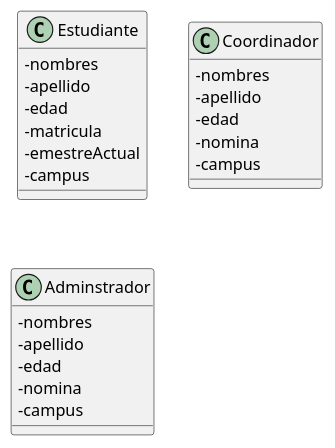
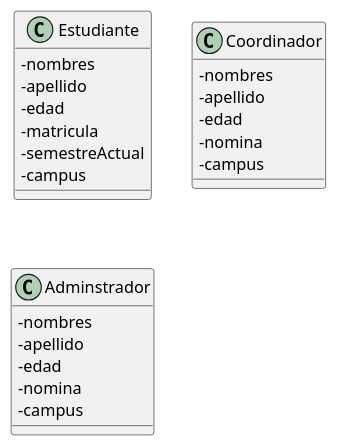
One commit to facund015/codeRelatedObsidianNotes changed the diagram in Reto/Base de datos.md. Above: the diagram before and after it, drawn with PlantUML. The commit also changed 1 other file, not shown here.

Commit message:
vault backup: 2021-10-12 12:05:01

````diff
--- a/Reto/Base de datos.md
+++ b/Reto/Base de datos.md
@@ -2,30 +2,30 @@
 ```plantuml
 @startuml
 skinparam classAttributeIconSize 0
 class Estudiante {
 	-nombres
 	-apellido
 	-edad
 	-matricula
-	-emestreActual
+	-semestreActual
 	-campus
 }
 
 class Coordinador {
 	-nombres
 	-apellido
 	-edad
 	-nomina
 	-campus
 }
 
 class Adminstrador {
 	-nombres
 	-apellido
 	-edad
 	-nomina
 	-campus
 }
 
 @enduml
 ```
````
